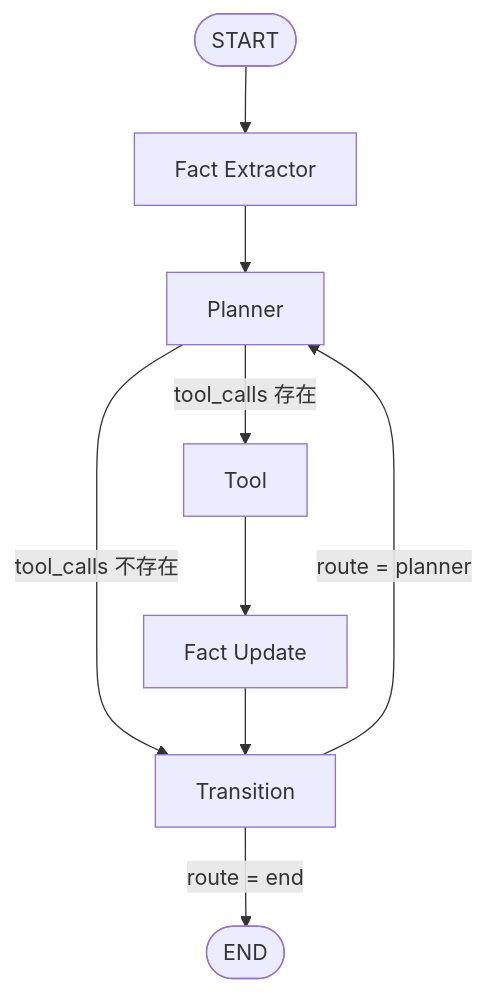
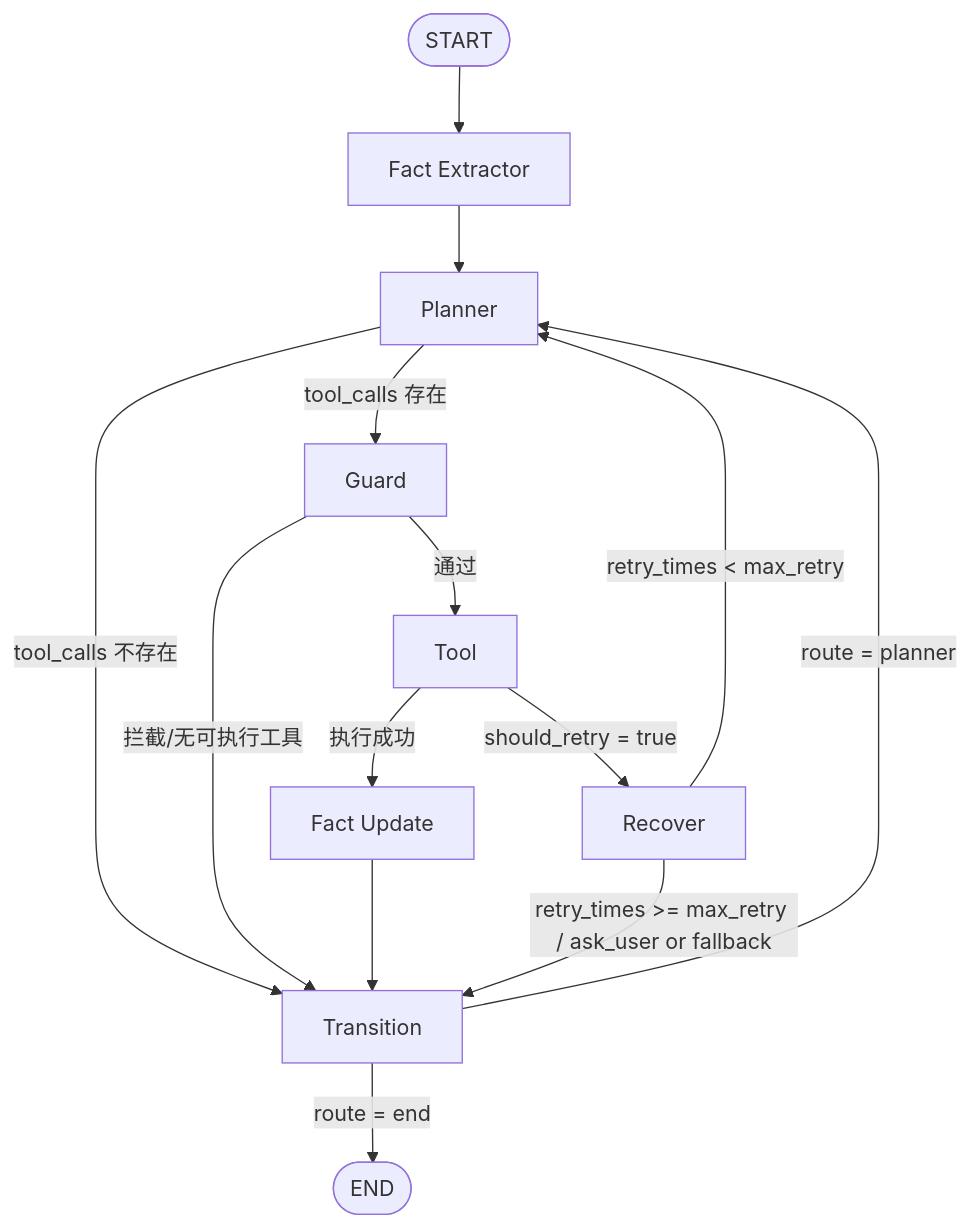
The first of 2 diagrams in microservices/gomcp/MCP/agent_graph.md (1370258858/sky-takeout-rebuild), drawn with Mermaid before and after one commit. The commit also changed other lines of this file and 11 other files, not shown here.

````diff
--- a/microservices/gomcp/MCP/agent_graph.md
+++ b/microservices/gomcp/MCP/agent_graph.md
@@ -5,14 +5,22 @@
 ```mermaid
 flowchart TD
-	S([START]) --> FE[Fact Extractor]
-	FE --> P[Planner]
+    S([START]) --> FE[Fact Extractor]
+    FE --> P[Planner]
 
-	P -->|tool_calls 存在| T[Tool]
-	P -->|tool_calls 不存在| TR[Transition]
+    P -->|tool_calls 存在| G[Guard]
+    P -->|tool_calls 不存在| TR[Transition]
 
-	T --> FU[Fact Update]
-	FU --> TR
+    G -->|通过| T[Tool]
+    G -->|拦截/无可执行工具| TR[Transition]
 
-	TR -->|route = planner| P
-	TR -->|route = end| E([END])
+    T -->|执行成功| FU[Fact Update]
+    T -->|should_retry = true| R[Recover]
+
+    FU --> TR
+
+    R -->|retry_times < max_retry| P
+    R -->|retry_times >= max_retry / ask_user or fallback| TR
+
+    TR -->|route = planner| P
+    TR -->|route = end| E([END])
 ```
````
